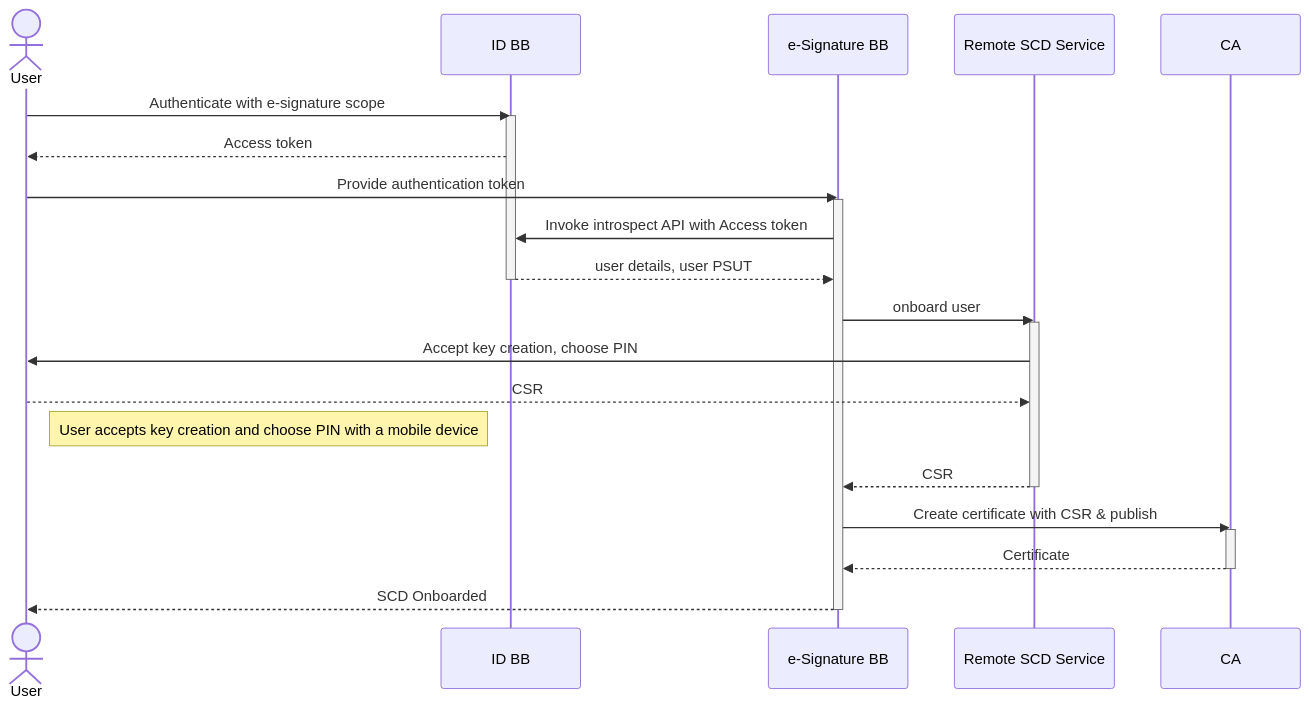
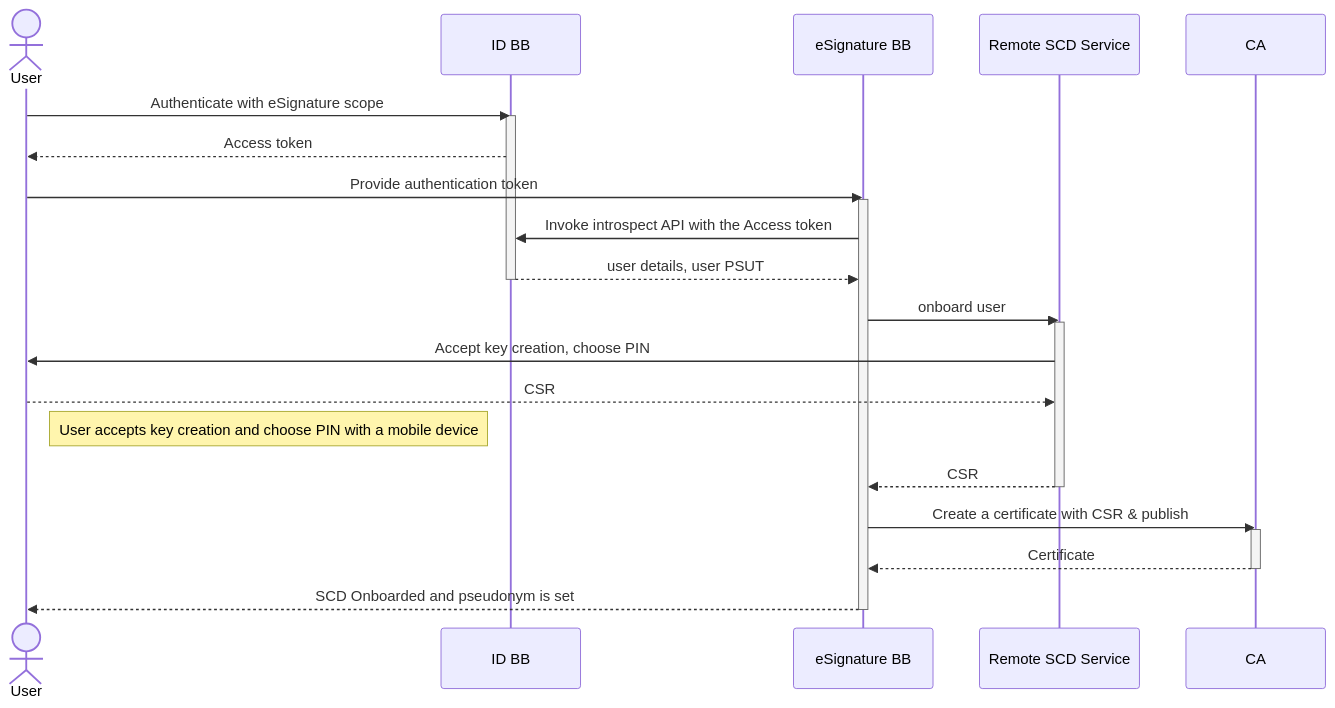
The second of 3 diagrams in spec/9-workflows.md (GovStackWorkingGroup/bb-esignature), drawn with Mermaid before and after one commit. The commit also changed other lines of this file, not shown here.

````diff
--- a/spec/9-workflows.md
+++ b/spec/9-workflows.md
@@ -113,26 +99,26 @@
 ```mermaid
 sequenceDiagram
     actor User
-    User->>ID BB: Authenticate with e-signature scope
+    User->>ID BB: Authenticate with eSignature scope
     activate ID BB
     ID BB-->>User: Access token
-    User->>e-Signature BB: Provide authentication token
-    activate e-Signature BB
-    e-Signature BB->>ID BB: Invoke introspect API with Access token
-    ID BB-->>e-Signature BB: user details, user PSUT
+    User->>eSignature BB: Provide authentication token
+    activate eSignature BB
+    eSignature BB->>ID BB: Invoke introspect API with the Access token
+    ID BB-->>eSignature BB: user details, user PSUT
     deactivate ID BB
-    e-Signature BB->>Remote SCD Service: onboard user
+    eSignature BB->>Remote SCD Service: onboard user
     activate Remote SCD Service
     Remote SCD Service->>User: Accept key creation, choose PIN
     User-->>Remote SCD Service: CSR
     Note right of User: User accepts key creation and choose PIN with a mobile device
-    Remote SCD Service-->>e-Signature BB: CSR
+    Remote SCD Service-->>eSignature BB: CSR
     deactivate Remote SCD Service
-    e-Signature BB->>CA: Create certificate with CSR & publish
+    eSignature BB->>CA: Create a certificate with CSR & publish
     activate CA
-    CA-->>e-Signature BB: Certificate
+    CA-->>eSignature BB: Certificate
     deactivate CA
-    e-Signature BB-->>User: SCD Onboarded
-    deactivate e-Signature BB
+    eSignature BB-->>User: SCD Onboarded and pseudonym is set
+    deactivate eSignature BB
 
 ```
````
